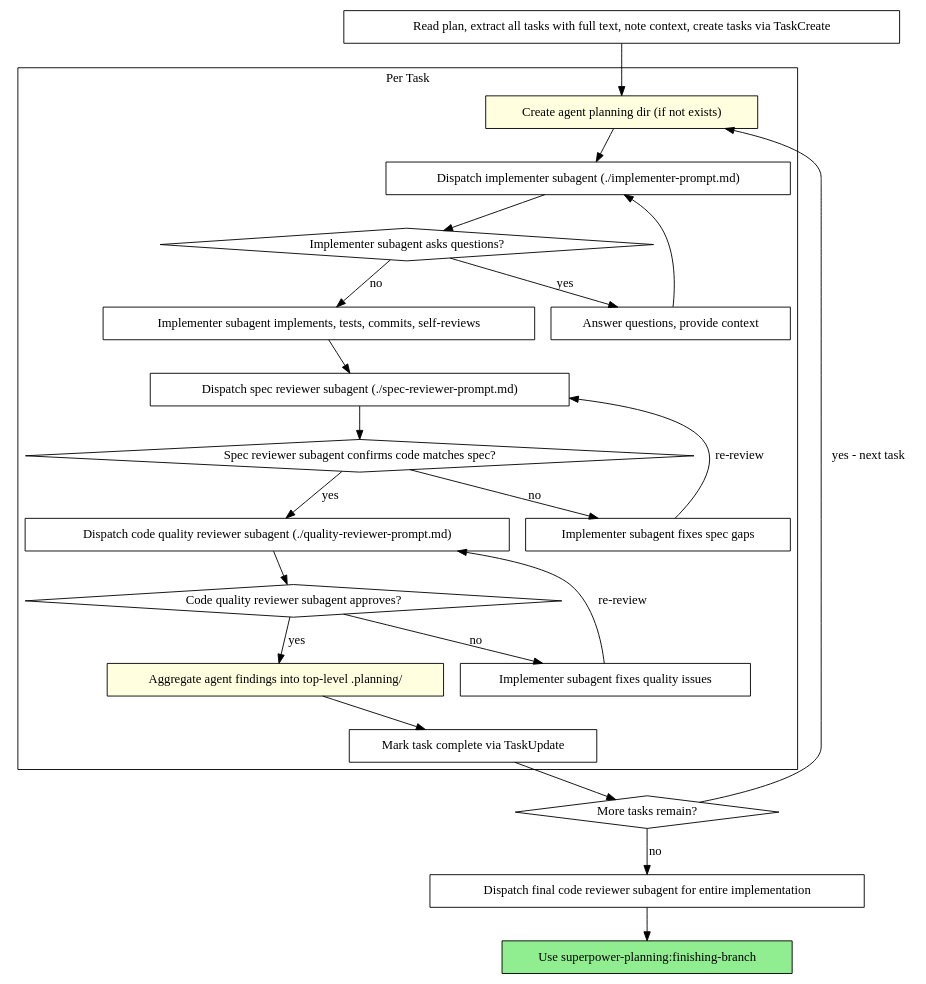
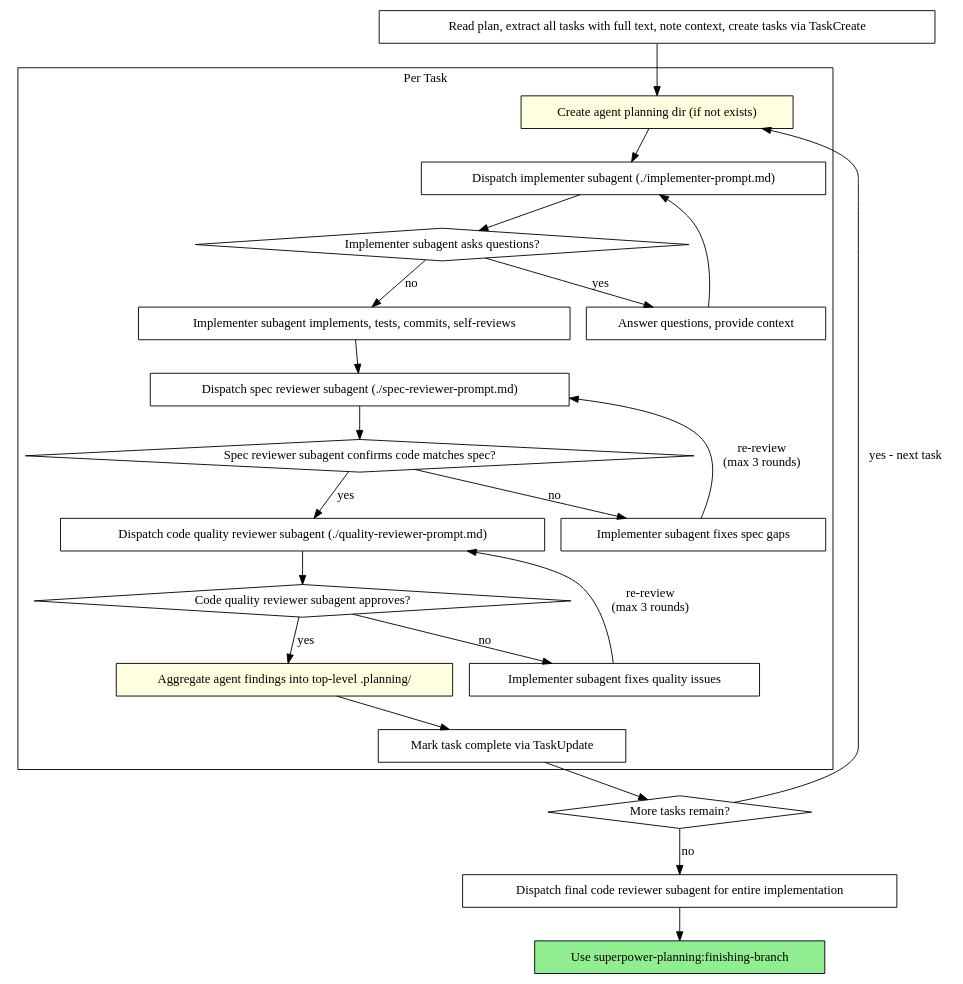
Before and after one commit to SipengXie2024/superpower-planning: the second of 2 diagrams in skills/subagent-driven/SKILL.md, drawn with Graphviz. The commit also changed other lines of this file and 6 other files, not shown here.

````diff
--- a/skills/subagent-driven/SKILL.md
+++ b/skills/subagent-driven/SKILL.md
@@ -54,48 +71,48 @@
 ```dot
 digraph process {
     rankdir=TB;
 
     subgraph cluster_per_task {
         label="Per Task";
         "Create agent planning dir (if not exists)" [shape=box style=filled fillcolor=lightyellow];
         "Dispatch implementer subagent (./implementer-prompt.md)" [shape=box];
         "Implementer subagent asks questions?" [shape=diamond];
         "Answer questions, provide context" [shape=box];
         "Implementer subagent implements, tests, commits, self-reviews" [shape=box];
         "Dispatch spec reviewer subagent (./spec-reviewer-prompt.md)" [shape=box];
         "Spec reviewer subagent confirms code matches spec?" [shape=diamond];
         "Implementer subagent fixes spec gaps" [shape=box];
         "Dispatch code quality reviewer subagent (./quality-reviewer-prompt.md)" [shape=box];
         "Code quality reviewer subagent approves?" [shape=diamond];
         "Implementer subagent fixes quality issues" [shape=box];
         "Aggregate agent findings into top-level .planning/" [shape=box style=filled fillcolor=lightyellow];
         "Mark task complete via TaskUpdate" [shape=box];
     }
 
     "Read plan, extract all tasks with full text, note context, create tasks via TaskCreate" [shape=box];
     "More tasks remain?" [shape=diamond];
     "Dispatch final code reviewer subagent for entire implementation" [shape=box];
     "Use superpower-planning:finishing-branch" [shape=box style=filled fillcolor=lightgreen];
 
     "Read plan, extract all tasks with full text, note context, create tasks via TaskCreate" -> "Create agent planning dir (if not exists)";
     "Create agent planning dir (if not exists)" -> "Dispatch implementer subagent (./implementer-prompt.md)";
     "Dispatch implementer subagent (./implementer-prompt.md)" -> "Implementer subagent asks questions?";
     "Implementer subagent asks questions?" -> "Answer questions, provide context" [label="yes"];
     "Answer questions, provide context" -> "Dispatch implementer subagent (./implementer-prompt.md)";
     "Implementer subagent asks questions?" -> "Implementer subagent implements, tests, commits, self-reviews" [label="no"];
     "Implementer subagent implements, tests, commits, self-reviews" -> "Dispatch spec reviewer subagent (./spec-reviewer-prompt.md)";
     "Dispatch spec reviewer subagent (./spec-reviewer-prompt.md)" -> "Spec reviewer subagent confirms code matches spec?";
     "Spec reviewer subagent confirms code matches spec?" -> "Implementer subagent fixes spec gaps" [label="no"];
-    "Implementer subagent fixes spec gaps" -> "Dispatch spec reviewer subagent (./spec-reviewer-prompt.md)" [label="re-review"];
+    "Implementer subagent fixes spec gaps" -> "Dispatch spec reviewer subagent (./spec-reviewer-prompt.md)" [label="re-review\n(max 3 rounds)"];
     "Spec reviewer subagent confirms code matches spec?" -> "Dispatch code quality reviewer subagent (./quality-reviewer-prompt.md)" [label="yes"];
     "Dispatch code quality reviewer subagent (./quality-reviewer-prompt.md)" -> "Code quality reviewer subagent approves?";
     "Code quality reviewer subagent approves?" -> "Implementer subagent fixes quality issues" [label="no"];
-    "Implementer subagent fixes quality issues" -> "Dispatch code quality reviewer subagent (./quality-reviewer-prompt.md)" [label="re-review"];
+    "Implementer subagent fixes quality issues" -> "Dispatch code quality reviewer subagent (./quality-reviewer-prompt.md)" [label="re-review\n(max 3 rounds)"];
     "Code quality reviewer subagent approves?" -> "Aggregate agent findings into top-level .planning/" [label="yes"];
     "Aggregate agent findings into top-level .planning/" -> "Mark task complete via TaskUpdate";
     "Mark task complete via TaskUpdate" -> "More tasks remain?";
     "More tasks remain?" -> "Create agent planning dir (if not exists)" [label="yes - next task"];
     "More tasks remain?" -> "Dispatch final code reviewer subagent for entire implementation" [label="no"];
     "Dispatch final code reviewer subagent for entire implementation" -> "Use superpower-planning:finishing-branch";
 }
 ```
````
